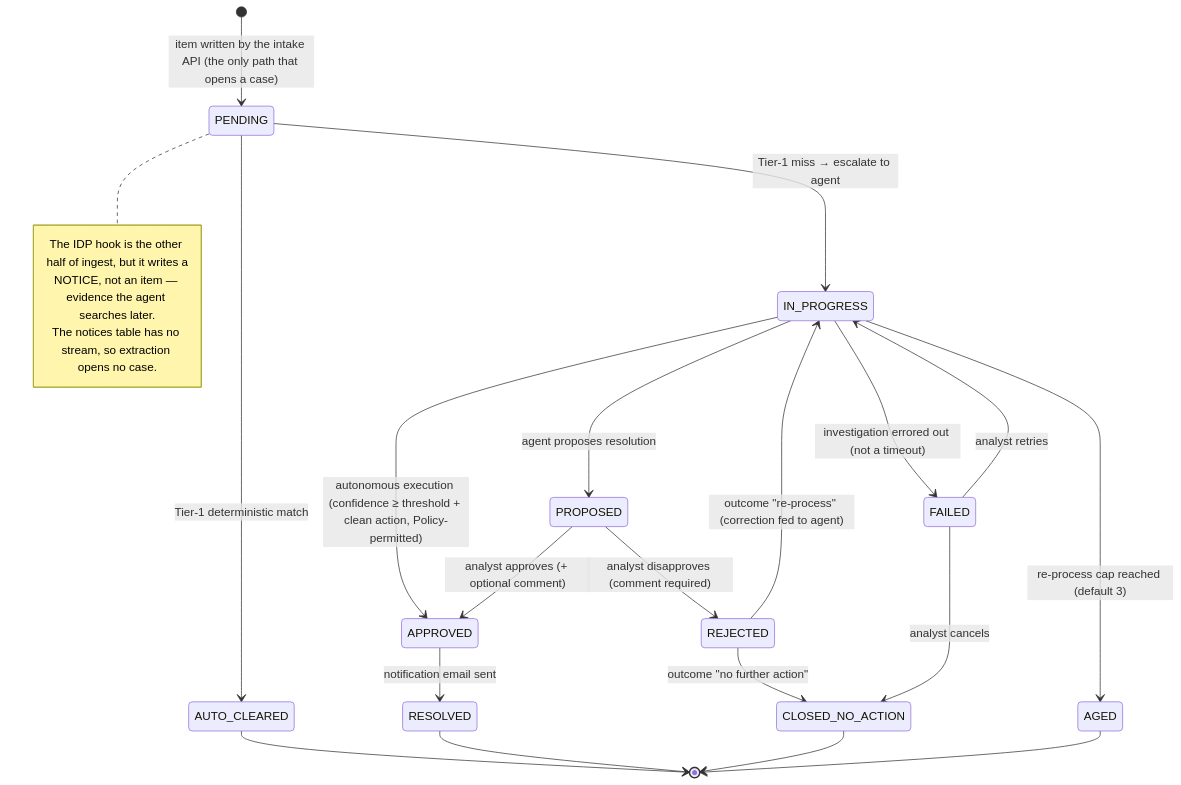
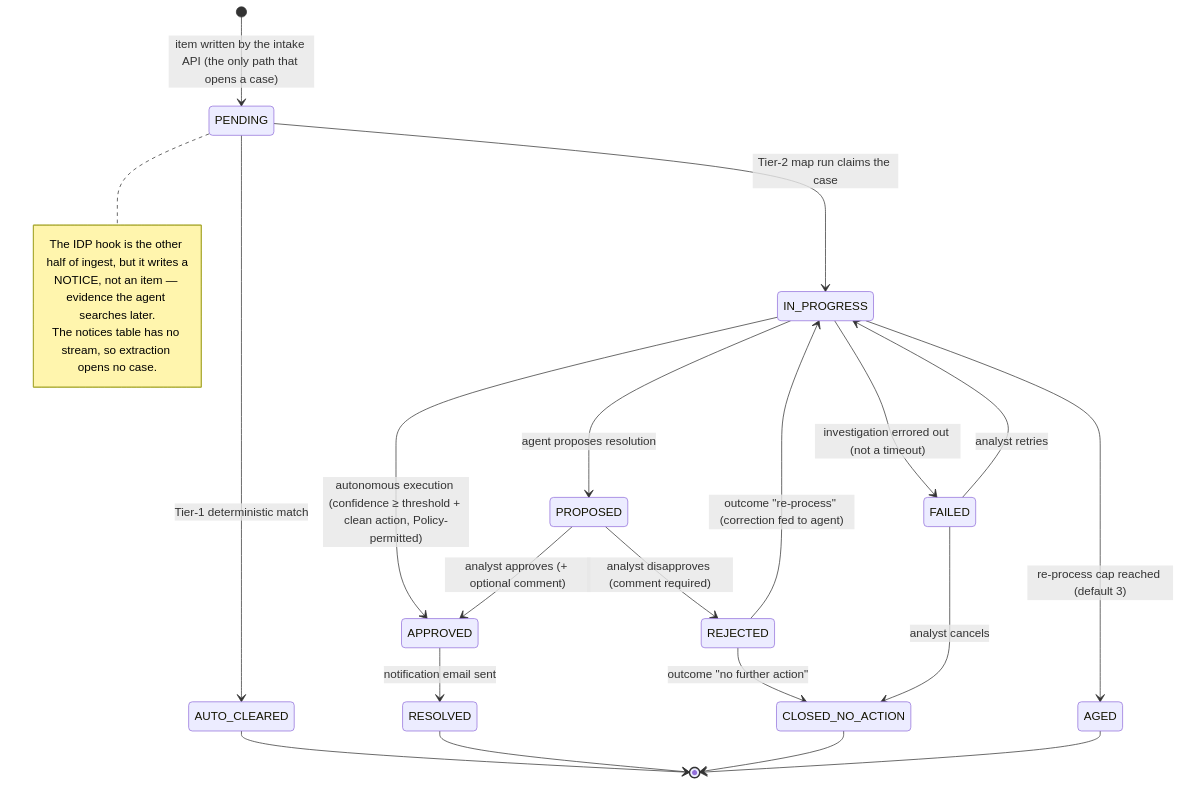
The diagram in assets/case-lifecycle.md (aws-samples/sample-reconciliation-agent), drawn with Mermaid before and after one commit. The commit also changed other lines of this file and 59 other files, not shown here.

````diff
--- a/assets/case-lifecycle.md
+++ b/assets/case-lifecycle.md
@@ -10,26 +10,26 @@
 ```mermaid
 stateDiagram-v2
     [*] --> PENDING : item written by the intake API (the only path that opens a case)
     note right of PENDING
         The IDP hook is the other half of ingest, but it writes a
         NOTICE, not an item — evidence the agent searches later.
         The notices table has no stream, so extraction opens no case.
     end note
     PENDING --> AUTO_CLEARED : Tier-1 deterministic match
-    PENDING --> IN_PROGRESS : Tier-1 miss → escalate to agent
+    PENDING --> IN_PROGRESS : Tier-2 map run claims the case
     IN_PROGRESS --> PROPOSED : agent proposes resolution
     IN_PROGRESS --> APPROVED : autonomous execution (confidence ≥ threshold + clean action, Policy-permitted)
     PROPOSED --> APPROVED : analyst approves (+ optional comment)
     APPROVED --> RESOLVED : notification email sent
     PROPOSED --> REJECTED : analyst disapproves (comment required)
     REJECTED --> CLOSED_NO_ACTION : outcome "no further action"
     REJECTED --> IN_PROGRESS : outcome "re-process" (correction fed to agent)
     IN_PROGRESS --> AGED : re-process cap reached (default 3)
     IN_PROGRESS --> FAILED : investigation errored out (not a timeout)
     FAILED --> IN_PROGRESS : analyst retries
     FAILED --> CLOSED_NO_ACTION : analyst cancels
     AUTO_CLEARED --> [*]
     RESOLVED --> [*]
     CLOSED_NO_ACTION --> [*]
     AGED --> [*]
 ```
````
